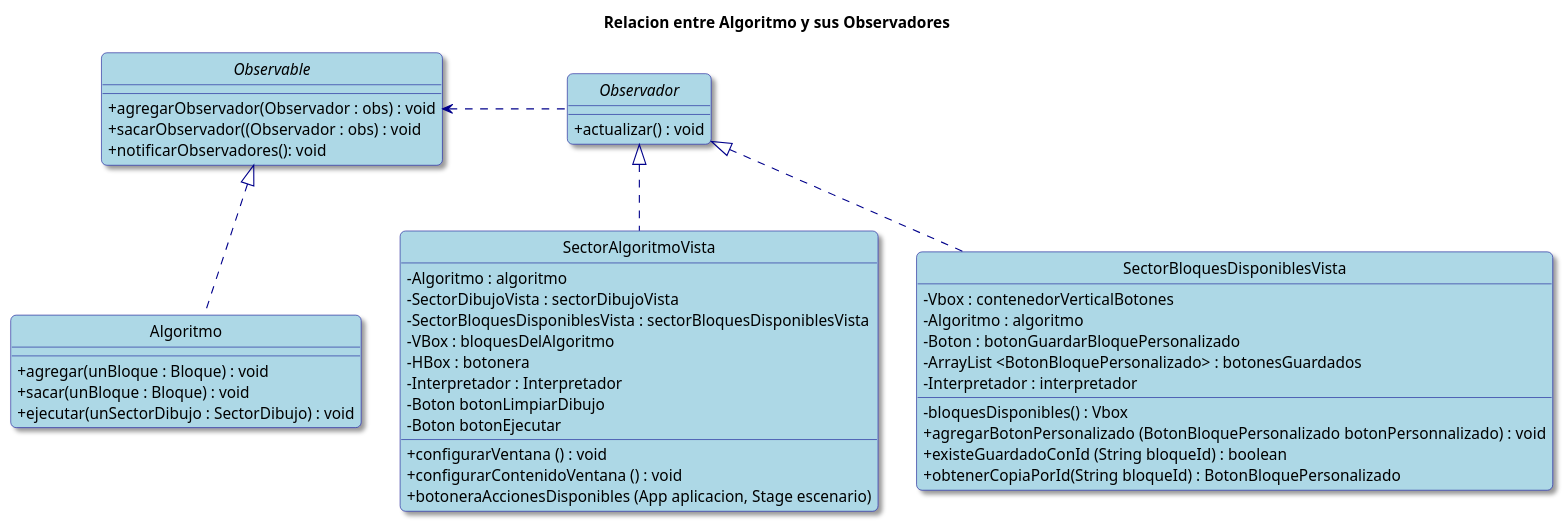
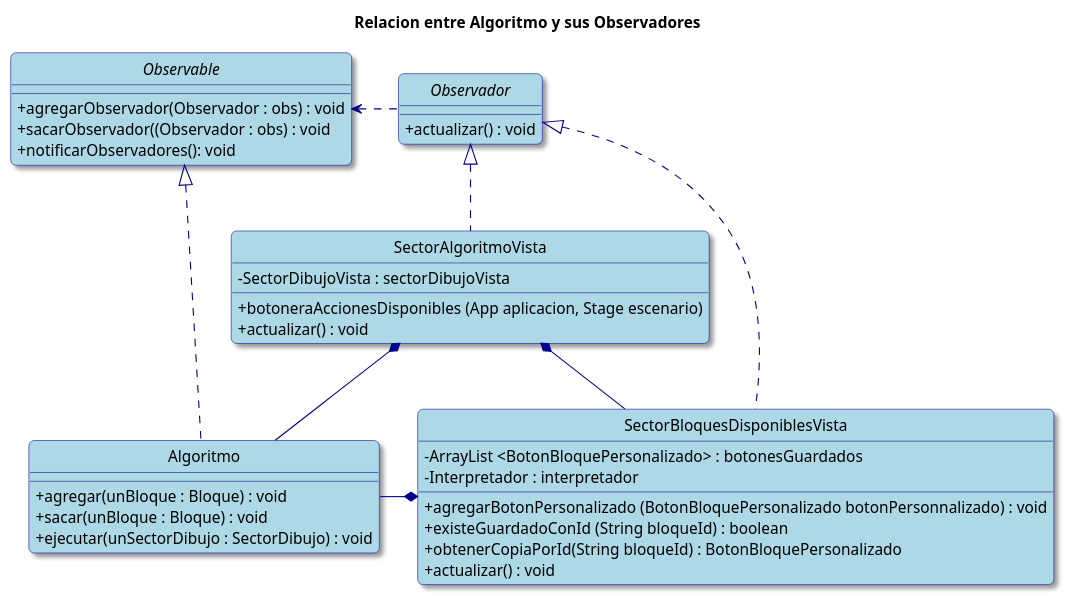
Before and after one commit to valva-ro/Algo3-TP2-AlgoBlocks: the second of 5 diagrams in diagramas-clases.puml, drawn with PlantUML. The commit also changed other lines of this file and 1 other file, not shown here.

```diff
--- a/diagramas-clases.puml
+++ b/diagramas-clases.puml
@@ -66,71 +66,63 @@
 @startuml
 hide circle
 skinparam classAttributeIconSize 0
 skinparam backgroundColor White
 skinparam RoundCorner 10
 skinparam Shadowing true
 
 skinparam class {
     ArrowColor DarkBlue
     BackgroundColor LightBlue
     BorderColor DarkBlue
 }
 
 skinparam note {
     BackgroundColor LightYellow
     BorderColor DarkBlue
 }
 
 title Relacion entre Algoritmo y sus Observadores
 
 class SectorAlgoritmoVista{
-    - Algoritmo : algoritmo
     - SectorDibujoVista : sectorDibujoVista
-    - SectorBloquesDisponiblesVista : sectorBloquesDisponiblesVista
-    - VBox : bloquesDelAlgoritmo
-    - HBox : botonera
-    - Interpretador : Interpretador
-    - Boton botonLimpiarDibujo
-    - Boton botonEjecutar
 
-    +configurarVentana () : void
-    +configurarContenidoVentana () : void
     +botoneraAccionesDisponibles (App aplicacion, Stage escenario)
+    +actualizar() : void
 }
 
 class SectorBloquesDisponiblesVista{
-    - Vbox : contenedorVerticalBotones
-    - Algoritmo : algoritmo
-    - Boton : botonGuardarBloquePersonalizado
     - ArrayList <BotonBloquePersonalizado> : botonesGuardados
     - Interpretador : interpretador
 
-    - bloquesDisponibles() : Vbox
     + agregarBotonPersonalizado (BotonBloquePersonalizado botonPersonnalizado) : void
     + existeGuardadoConId (String bloqueId) : boolean
     + obtenerCopiaPorId(String bloqueId) : BotonBloquePersonalizado
+    +actualizar() : void
 
 }
 
 class Algoritmo {
     + agregar(unBloque : Bloque) : void
     + sacar(unBloque : Bloque) : void
     + ejecutar(unSectorDibujo : SectorDibujo) : void
 }
 
 interface Observable{
     +agregarObservador(Observador : obs) : void
     +sacarObservador((Observador : obs) : void
     +notificarObservadores(): void
 }
 
 interface Observador{
     +actualizar() : void
 }
 
 Observable <|.. Algoritmo
-Observable <..right Observador
+Observable <..r Observador
 Observador <|.. SectorAlgoritmoVista
 Observador <|.. SectorBloquesDisponiblesVista
+SectorAlgoritmoVista *-- SectorBloquesDisponiblesVista
+SectorBloquesDisponiblesVista *--l Algoritmo
+SectorAlgoritmoVista *-- Algoritmo
 
 @enduml
```
